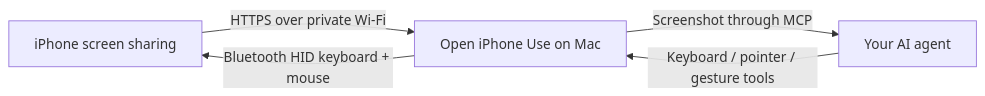
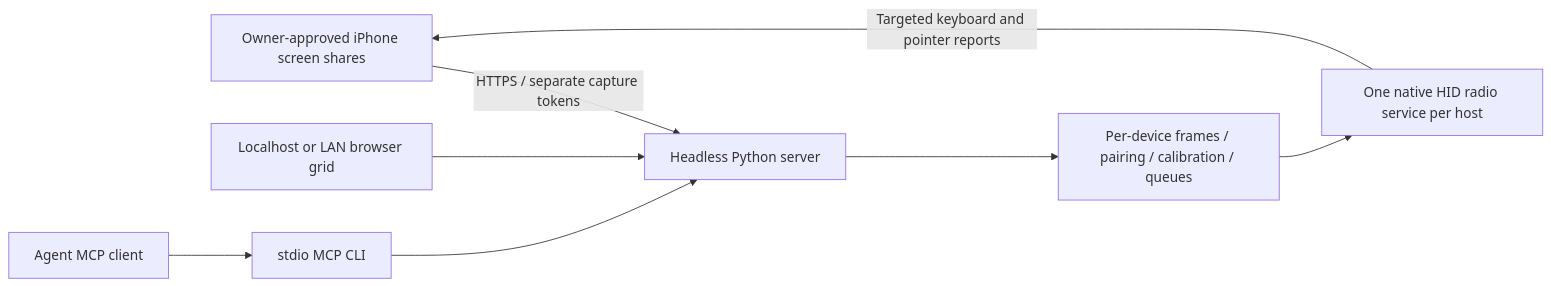
One commit to semsturgut/open-iphone-use changed the diagram in README.md. Above: the diagram before and after it, drawn with Mermaid. The commit also changed other lines of this file and 39 other files, not shown here.

Commit message:
wip: real platform HID backends, setup scripts and headless macOS serve (unfinished, Codex hit usage limit)

````diff
--- a/README.md
+++ b/README.md
@@ -71,7 +110,10 @@
 ```mermaid
 flowchart LR
-    I[iPhone screen sharing] -->|HTTPS over private Wi-Fi| M[Open iPhone Use on Mac]
-    M -->|Screenshot through MCP| A[Your AI agent]
-    A -->|Keyboard / pointer / gesture tools| M
-    M -->|Bluetooth HID keyboard + mouse| I
+    I[Owner-approved iPhone screen shares] -->|HTTPS / separate capture tokens| S[Headless Python server]
+    W[Localhost or LAN browser grid] --> S
+    A[Agent MCP client] --> M[stdio MCP CLI]
+    M --> S
+    S --> Q[Per-device frames / pairing / calibration / queues]
+    Q --> R[One native HID radio service per host]
+    R -->|Targeted keyboard and pointer reports| I
 ```
````
